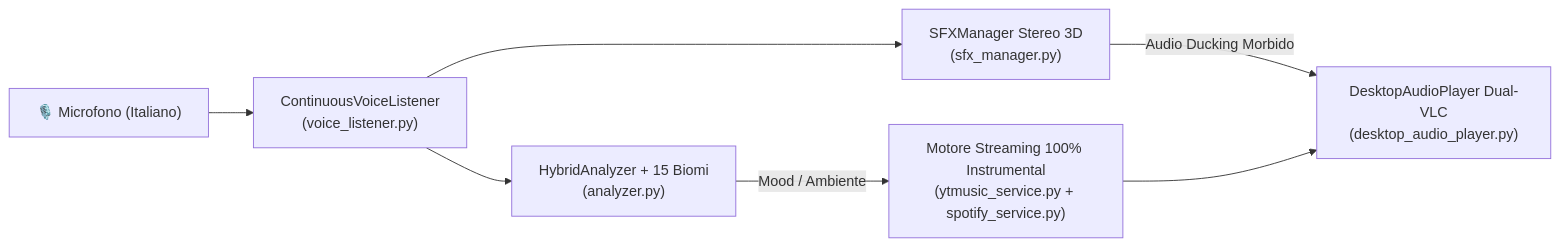
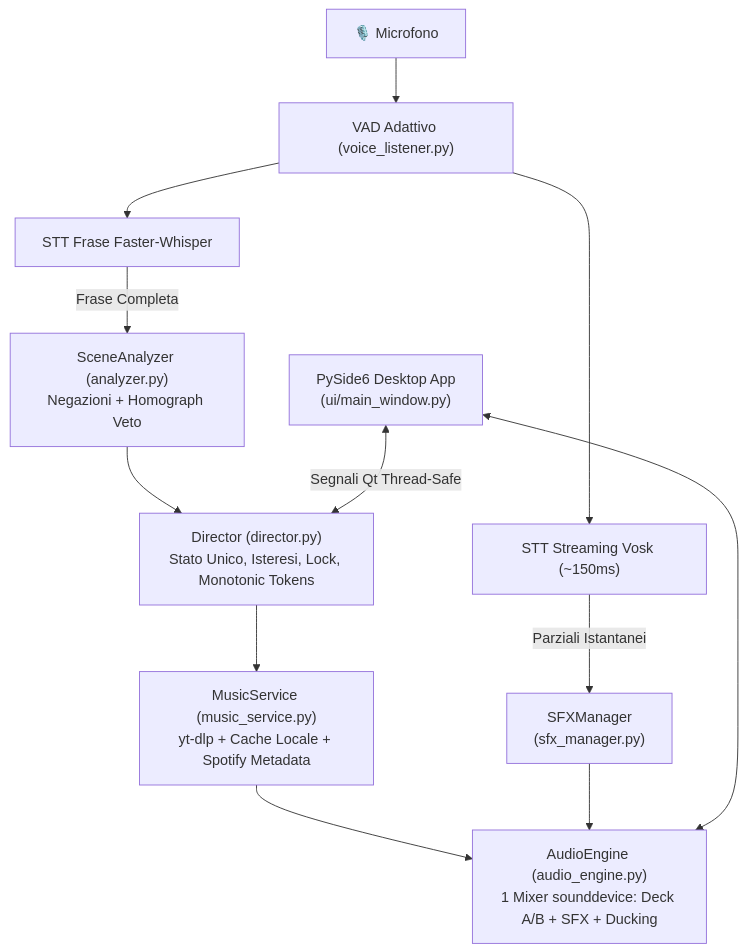
One commit to Il-Basta-Paolo/BardoAI changed the diagram in README.md. Above: the diagram before and after it, drawn with Mermaid. The commit also changed other lines of this file and 41 other files, not shown here.

Commit message:
Release v2.6.0: Architettura nativa PySide6 + PyAV, rimozione legacy webapp e suite di test completa

````diff
--- a/README.md
+++ b/README.md
@@ -62,9 +52,18 @@
 ```mermaid
-flowchart LR
-    Mic["🎙️ Microfono (Italiano)"] --> VL["ContinuousVoiceListener\n(voice_listener.py)"]
-    VL --> SFX["SFXManager Stereo 3D\n(sfx_manager.py)"]
-    VL --> AN["HybridAnalyzer + 15 Biomi\n(analyzer.py)"]
-    SFX -->|Audio Ducking Morbido| DAP["DesktopAudioPlayer Dual-VLC\n(desktop_audio_player.py)"]
-    AN -->|Mood / Ambiente| MS["Motore Streaming 100% Instrumental\n(ytmusic_service.py + spotify_service.py)"]
-    MS --> DAP
+flowchart TD
+    Mic["🎙️ Microfono"] --> VAD["VAD Adattivo (voice_listener.py)"]
+    VAD --> Vosk["STT Streaming Vosk (~150ms)"]
+    VAD --> Whisper["STT Frase Faster-Whisper"]
+    
+    Vosk -->|Parziali Istantanei| SFX["SFXManager\n(sfx_manager.py)"]
+    Whisper -->|Frase Completa| AN["SceneAnalyzer (analyzer.py)\nNegazioni + Homograph Veto"]
+    
+    AN --> Director["Director (director.py)\nStato Unico, Isteresi, Lock, Monotonic Tokens"]
+    Director --> MusicSvc["MusicService (music_service.py)\nyt-dlp + Cache Locale + Spotify Metadata"]
+    
+    MusicSvc --> AudioEngine["AudioEngine (audio_engine.py)\n1 Mixer sounddevice: Deck A/B + SFX + Ducking"]
+    SFX --> AudioEngine
+    
+    UI["PySide6 Desktop App\n(ui/main_window.py)"] <-->|Segnali Qt Thread-Safe| Director
+    UI <--> AudioEngine
 ```
````
